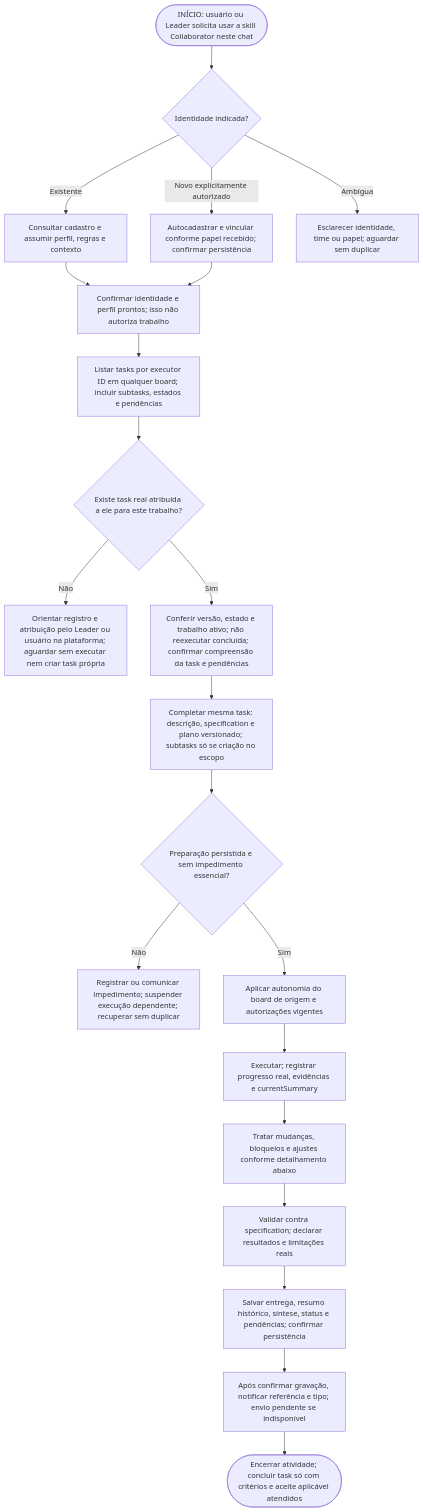
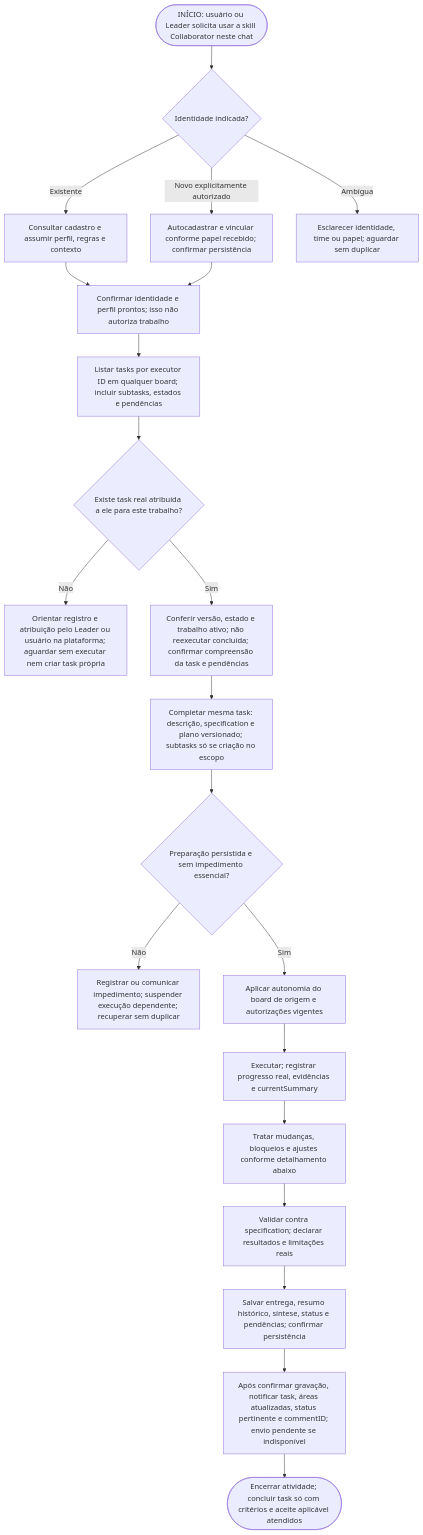
One commit to runvibe/beeteam changed the first of 2 diagrams in docs/collaborator-workflow.md. Above: the diagram before and after it, drawn with Mermaid. The commit also changed other lines of this file and 30 other files, not shown here.

Commit message:
fix(skills): require comment IDs for task communication

````diff
--- a/docs/collaborator-workflow.md
+++ b/docs/collaborator-workflow.md
@@ -39,23 +45,23 @@
 ```mermaid
 flowchart TD
     INICIO(["INÍCIO: usuário ou Leader solicita usar a skill Collaborator neste chat"]) --> IDENTIDADE{"Identidade indicada?"}
     IDENTIDADE -->|Existente| EXISTENTE["Consultar cadastro e assumir perfil, regras e contexto"]
     IDENTIDADE -->|Novo explicitamente autorizado| NOVO["Autocadastrar e vincular conforme papel recebido; confirmar persistência"]
     IDENTIDADE -->|Ambígua| ESCLARECER["Esclarecer identidade, time ou papel; aguardar sem duplicar"]
     EXISTENTE --> PERFIL["Confirmar identidade e perfil prontos; isso não autoriza trabalho"]
     NOVO --> PERFIL
     PERFIL --> LISTAR["Listar tasks por executor ID em qualquer board; incluir subtasks, estados e pendências"]
     LISTAR --> ATRIBUIDA{"Existe task real atribuída a ele para este trabalho?"}
     ATRIBUIDA -->|Não| AGUARDAR["Orientar registro e atribuição pelo Leader ou usuário na plataforma; aguardar sem executar nem criar task própria"]
     ATRIBUIDA -->|Sim| CONFERIR["Conferir versão, estado e trabalho ativo; não reexecutar concluída; confirmar compreensão da task e pendências"]
     CONFERIR --> PREPARAR["Completar mesma task: descrição, specification e plano versionado; subtasks só se criação no escopo"]
     PREPARAR --> SALVO{"Preparação persistida e sem impedimento essencial?"}
     SALVO -->|Não| PENDENTE["Registrar ou comunicar impedimento; suspender execução dependente; recuperar sem duplicar"]
     SALVO -->|Sim| AUTONOMIA["Aplicar autonomia do board de origem e autorizações vigentes"]
     AUTONOMIA --> EXECUTAR["Executar; registrar progresso real, evidências e currentSummary"]
     EXECUTAR --> CICLOS["Tratar mudanças, bloqueios e ajustes conforme detalhamento abaixo"]
     CICLOS --> VALIDAR["Validar contra specification; declarar resultados e limitações reais"]
     VALIDAR --> ENTREGAR["Salvar entrega, resumo histórico, síntese, status e pendências; confirmar persistência"]
-    ENTREGAR --> COMUNICAR["Após confirmar gravação, notificar referência e tipo; envio pendente se indisponível"]
+    ENTREGAR --> COMUNICAR["Após confirmar gravação, notificar task, áreas atualizadas, status pertinente e commentID; envio pendente se indisponível"]
     COMUNICAR --> ENCERRAR(["Encerrar atividade; concluir task só com critérios e aceite aplicável atendidos"])
 ```
````
